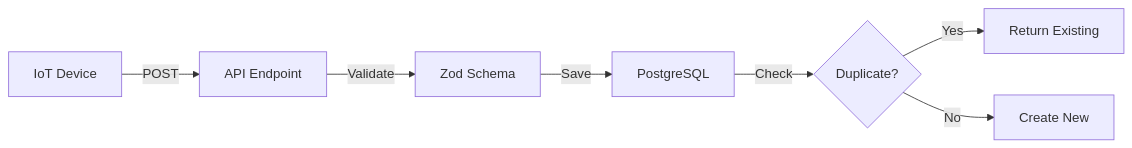
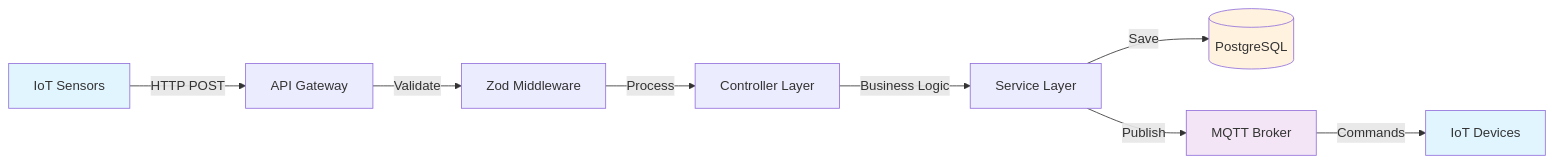
The first of 4 diagrams in slides.md (ReynaldiRP/test-backend-dmc), drawn with Mermaid before and after one commit. The commit also changed other lines of this file and 1 other file, not shown here.

````diff
--- a/slides.md
+++ b/slides.md
@@ -360,9 +60,15 @@
 ```mermaid
 graph LR
-    A[IoT Device] -->|POST| B[API Endpoint]
-    B -->|Validate| C[Zod Schema]
-    C -->|Save| D[PostgreSQL]
-    D -->|Check| E{Duplicate?}
-    E -->|Yes| F[Return Existing]
-    E -->|No| G[Create New]
+    A[IoT Sensors] -->|HTTP POST| B[API Gateway]
+    B -->|Validate| C[Zod Middleware]
+    C -->|Process| D[Controller Layer]
+    D -->|Business Logic| E[Service Layer]
+    E -->|Save| F[(PostgreSQL)]
+    E -->|Publish| G[MQTT Broker]
+    G -->|Commands| H[IoT Devices]
+
+    style A fill:#e1f5ff
+    style H fill:#e1f5ff
+    style F fill:#fff3e0
+    style G fill:#f3e5f5
 ```
````
